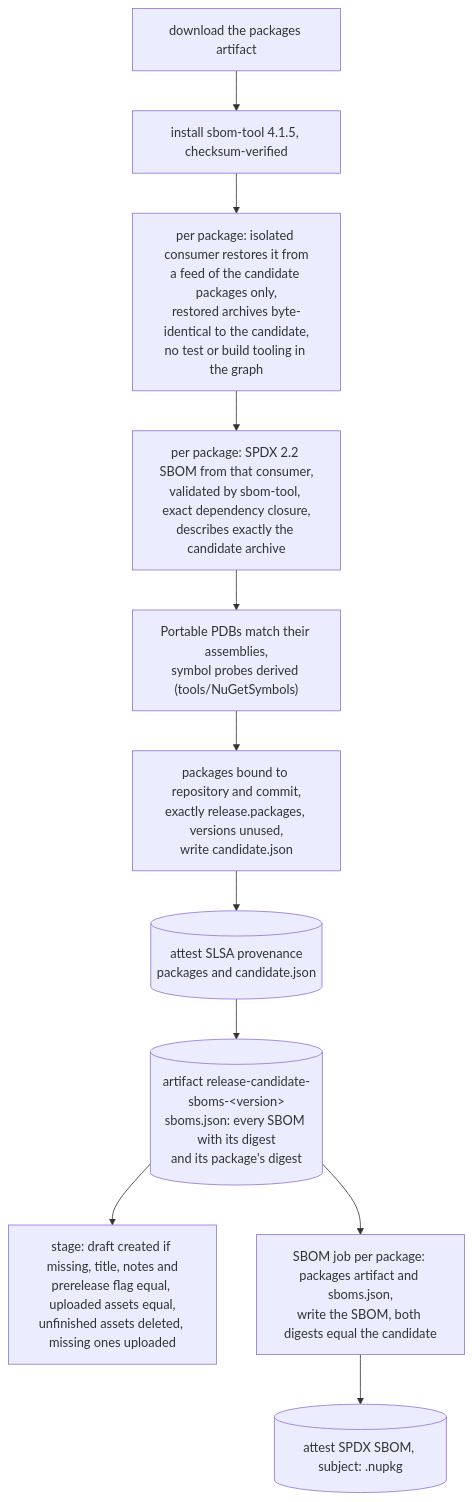
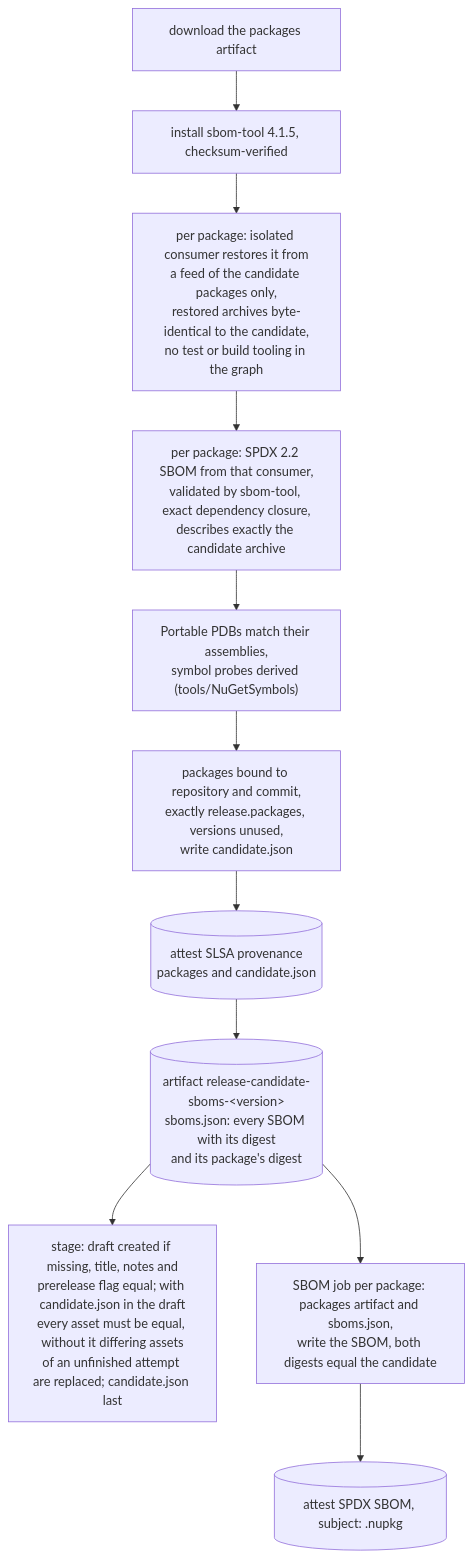
One commit to doka-labs/workflows changed diagram 12 of 19 in docs/overview.md. Above: the diagram before and after it, drawn with Mermaid. The commit also changed other lines of this file and 25 other files, not shown here.

````diff
--- a/docs/overview.md
+++ b/docs/overview.md
@@ -300,12 +300,12 @@
 ```mermaid
 flowchart TB
   c1["download the packages artifact"] --> c2["install sbom-tool 4.1.5, checksum-verified"]
   c2 --> c3["per package: isolated consumer restores it from<br/>a feed of the candidate packages only,<br/>restored archives byte-identical to the candidate,<br/>no test or build tooling in the graph"]
   c3 --> c4["per package: SPDX 2.2 SBOM from that consumer,<br/>validated by sbom-tool, exact dependency closure,<br/>describes exactly the candidate archive"]
   c4 --> c5["Portable PDBs match their assemblies,<br/>symbol probes derived (tools/NuGetSymbols)"]
   c5 --> c6["packages bound to repository and commit,<br/>exactly release.packages, versions unused,<br/>write candidate.json"]
   c6 --> c7[("attest SLSA provenance<br/>packages and candidate.json")]
   c7 --> c8[("artifact release-candidate-sboms-&lt;version&gt;<br/>sboms.json: every SBOM with its digest<br/>and its package's digest")]
-  c8 --> c9["stage: draft created if missing, title, notes and<br/>prerelease flag equal, uploaded assets equal,<br/>unfinished assets deleted, missing ones uploaded"]
+  c8 --> c9["stage: draft created if missing, title, notes and<br/>prerelease flag equal; with candidate.json in the draft<br/>every asset must be equal, without it differing assets<br/>of an unfinished attempt are replaced; candidate.json last"]
   c8 --> s1["SBOM job per package: packages artifact and sboms.json,<br/>write the SBOM, both digests equal the candidate"] --> s2[("attest SPDX SBOM, subject: .nupkg")]
 ```
````
